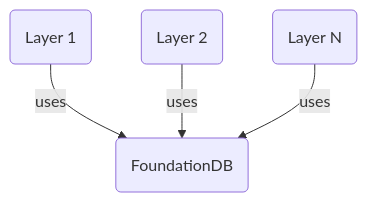
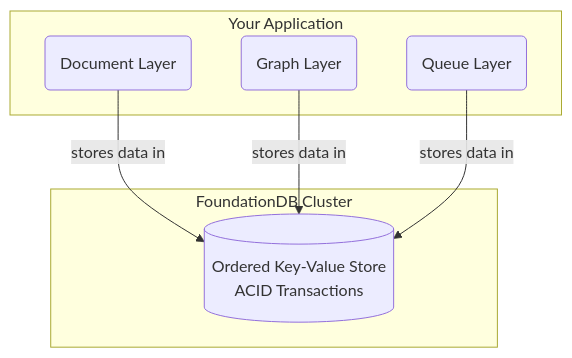
The diagram in src/meet_fdb/enter_fdb.md (PierreZ/fdb-book), drawn with Mermaid before and after one commit. The commit also changed other lines of this file and 18 other files, not shown here.

````diff
--- a/src/meet_fdb/enter_fdb.md
+++ b/src/meet_fdb/enter_fdb.md
@@ -46,11 +47,16 @@
 ```mermaid
-flowchart TD
-    fdb(FoundationDB)
-    l1(Layer 1)
-    l2(Layer 2)
-    ln(Layer N)
-    
-    l1 -- uses --> fdb
-    l2 -- uses --> fdb
-    ln -- uses --> fdb
+graph TD
+    subgraph "Your Application"
+        l1("Document Layer")
+        l2("Graph Layer")
+        l3("Queue Layer")
+    end
+
+    subgraph "FoundationDB Cluster"
+        fdb[("Ordered Key-Value Store<br/>ACID Transactions")]
+    end
+
+    l1 -- "stores data in" --> fdb
+    l2 -- "stores data in" --> fdb
+    l3 -- "stores data in" --> fdb
 ```
````
